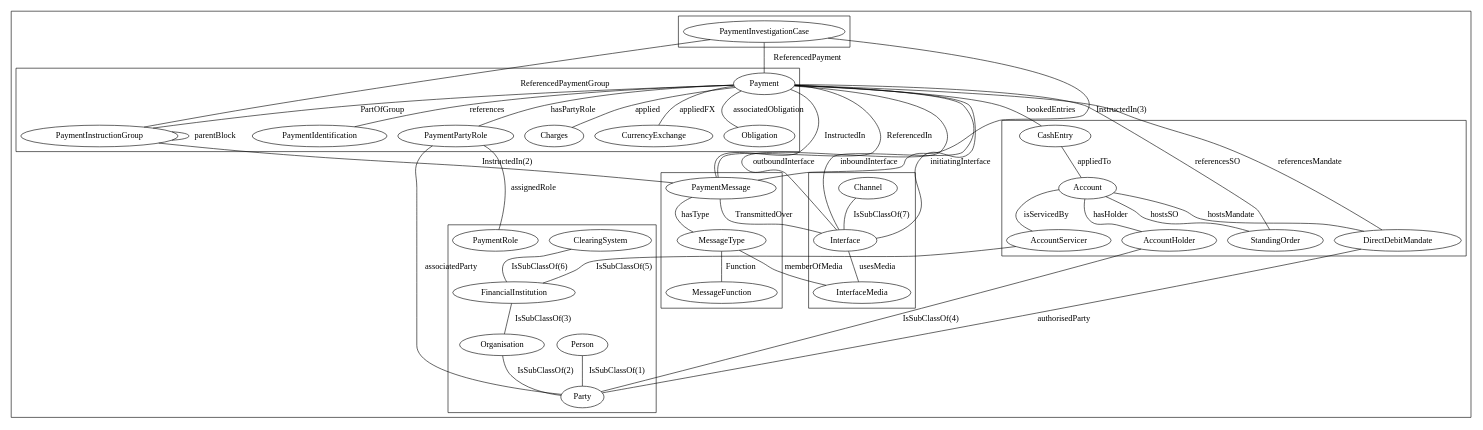
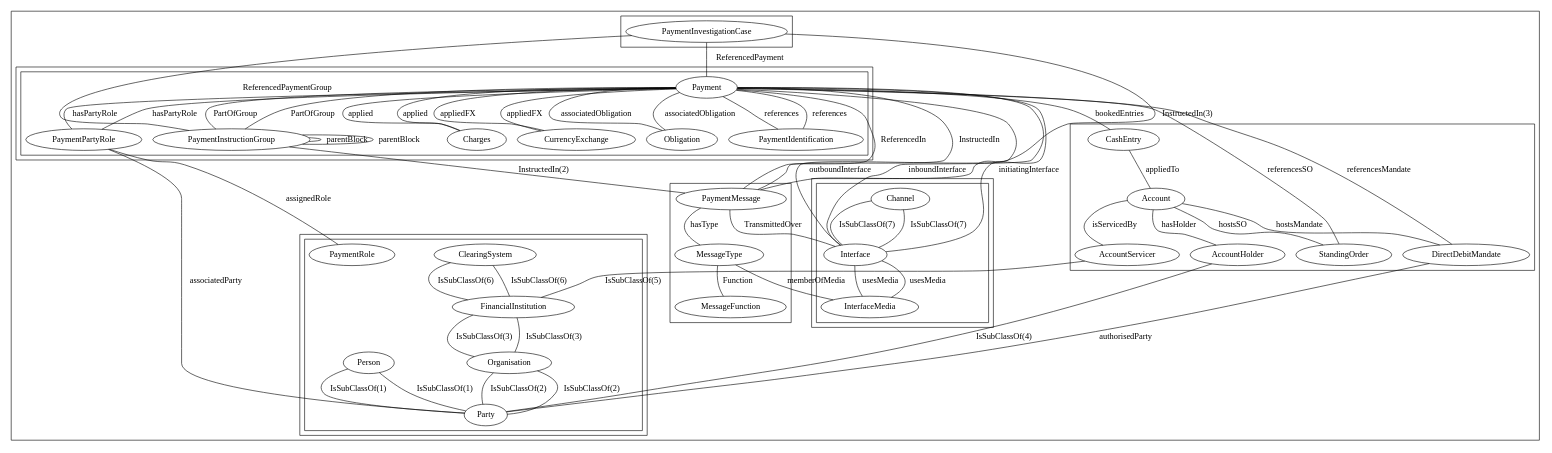
Before and after one commit to MrTomKimber/datamodels: the diagram in IDE/Root.gv, drawn with Graphviz. The commit also changed 16 other files, not shown here.

```diff
--- a/IDE/Root.gv
+++ b/IDE/Root.gv
@@ -1,83 +1,165 @@
 graph Root {
+	graph [beautify=false compound=true]
 	subgraph cluster_Payments {
 		subgraph cluster_Accounts {
 			Account
 			AccountHolder
 			AccountServicer
 			CashEntry
 			DirectDebitMandate
 			StandingOrder
+			subgraph cluster_Account {
+			}
+			subgraph cluster_AccountHolder {
+			}
+			subgraph cluster_AccountServicer {
+			}
+			subgraph cluster_CashEntry {
+			}
+			subgraph cluster_DirectDebitMandate {
+			}
+			subgraph cluster_StandingOrder {
+			}
 			Account -- AccountHolder [label=hasHolder]
 			Account -- DirectDebitMandate [label=hostsMandate]
 			Account -- StandingOrder [label=hostsSO]
 			Account -- AccountServicer [label=isServicedBy]
 			CashEntry -- Account [label=appliedTo]
 		}
 		subgraph cluster_Interface {
 			Channel
 			Interface
 			InterfaceMedia
+			subgraph cluster_Channel {
+			}
+			subgraph cluster_Interface {
+				Channel
+				Interface
+				InterfaceMedia
+				Channel -- Interface [label="IsSubClassOf(7)"]
+				Interface -- InterfaceMedia [label=usesMedia]
+			}
+			subgraph cluster_InterfaceMedia {
+			}
 			Channel -- Interface [label="IsSubClassOf(7)"]
 			Interface -- InterfaceMedia [label=usesMedia]
 		}
 		subgraph cluster_Investigation {
 			PaymentInvestigationCase
+			subgraph cluster_PaymentInvestigationCase {
+			}
 		}
 		subgraph cluster_Messaging {
 			MessageFunction
 			MessageType
 			PaymentMessage
+			subgraph cluster_MessageFunction {
+			}
+			subgraph cluster_MessageType {
+			}
+			subgraph cluster_PaymentMessage {
+			}
 			MessageType -- MessageFunction [label=Function]
 			PaymentMessage -- MessageType [label=hasType]
 		}
 		subgraph cluster_Party {
 			ClearingSystem
 			FinancialInstitution
 			Organisation
 			Party
 			PaymentRole
 			Person
+			subgraph cluster_ClearingSystem {
+			}
+			subgraph cluster_FinancialInstitution {
+			}
+			subgraph cluster_Organisation {
+			}
+			subgraph cluster_Party {
+				ClearingSystem
+				FinancialInstitution
+				Organisation
+				Party
+				PaymentRole
+				Person
+				ClearingSystem -- FinancialInstitution [label="IsSubClassOf(6)"]
+				FinancialInstitution -- Organisation [label="IsSubClassOf(3)"]
+				Organisation -- Party [label="IsSubClassOf(2)"]
+				Person -- Party [label="IsSubClassOf(1)"]
+			}
+			subgraph cluster_PaymentRole {
+			}
+			subgraph cluster_Person {
+			}
 			ClearingSystem -- FinancialInstitution [label="IsSubClassOf(6)"]
 			FinancialInstitution -- Organisation [label="IsSubClassOf(3)"]
 			Organisation -- Party [label="IsSubClassOf(2)"]
 			Person -- Party [label="IsSubClassOf(1)"]
 		}
 		subgraph cluster_Payment {
 			Charges
 			CurrencyExchange
 			Obligation
 			Payment
 			PaymentIdentification
 			PaymentInstructionGroup
 			PaymentPartyRole
+			subgraph cluster_Charges {
+			}
+			subgraph cluster_CurrencyExchange {
+			}
+			subgraph cluster_Obligation {
+			}
+			subgraph cluster_Payment {
+				Charges
+				CurrencyExchange
+				Obligation
+				Payment
+				PaymentIdentification
+				PaymentInstructionGroup
+				PaymentPartyRole
+				Payment -- PaymentInstructionGroup [label=PartOfGroup]
+				Payment -- Charges [label=applied]
+				Payment -- CurrencyExchange [label=appliedFX]
+				Payment -- Obligation [label=associatedObligation]
+				Payment -- PaymentPartyRole [label=hasPartyRole]
+				Payment -- PaymentIdentification [label=references]
+				PaymentInstructionGroup -- PaymentInstructionGroup [label=parentBlock]
+			}
+			subgraph cluster_PaymentIdentification {
+			}
+			subgraph cluster_PaymentInstructionGroup {
+			}
+			subgraph cluster_PaymentPartyRole {
+			}
 			Payment -- PaymentInstructionGroup [label=PartOfGroup]
 			Payment -- Charges [label=applied]
 			Payment -- CurrencyExchange [label=appliedFX]
 			Payment -- Obligation [label=associatedObligation]
 			Payment -- PaymentPartyRole [label=hasPartyRole]
 			Payment -- PaymentIdentification [label=references]
 			PaymentInstructionGroup -- PaymentInstructionGroup [label=parentBlock]
 		}
 		subgraph cluster_Processing {
 		}
 		AccountHolder -- Party [label="IsSubClassOf(4)"]
 		AccountServicer -- FinancialInstitution [label="IsSubClassOf(5)"]
 		DirectDebitMandate -- Party [label=authorisedParty]
 		MessageType -- InterfaceMedia [label=memberOfMedia]
 		Payment -- PaymentMessage [label=InstructedIn]
 		Payment -- PaymentMessage [label=ReferencedIn]
 		Payment -- CashEntry [label=bookedEntries]
 		Payment -- Interface [label=inboundInterface]
 		Payment -- Interface [label=initiatingInterface]
 		Payment -- Interface [label=outboundInterface]
 		Payment -- DirectDebitMandate [label=referencesMandate]
 		Payment -- StandingOrder [label=referencesSO]
 		PaymentInstructionGroup -- PaymentMessage [label="InstructedIn(2)"]
 		PaymentInvestigationCase -- PaymentMessage [label="InstructedIn(3)"]
 		PaymentInvestigationCase -- Payment [label=ReferencedPayment]
 		PaymentInvestigationCase -- PaymentInstructionGroup [label=ReferencedPaymentGroup]
 		PaymentMessage -- Interface [label=TransmittedOver]
 		PaymentPartyRole -- PaymentRole [label=assignedRole]
 		PaymentPartyRole -- Party [label=associatedParty]
 	}
 }
```
